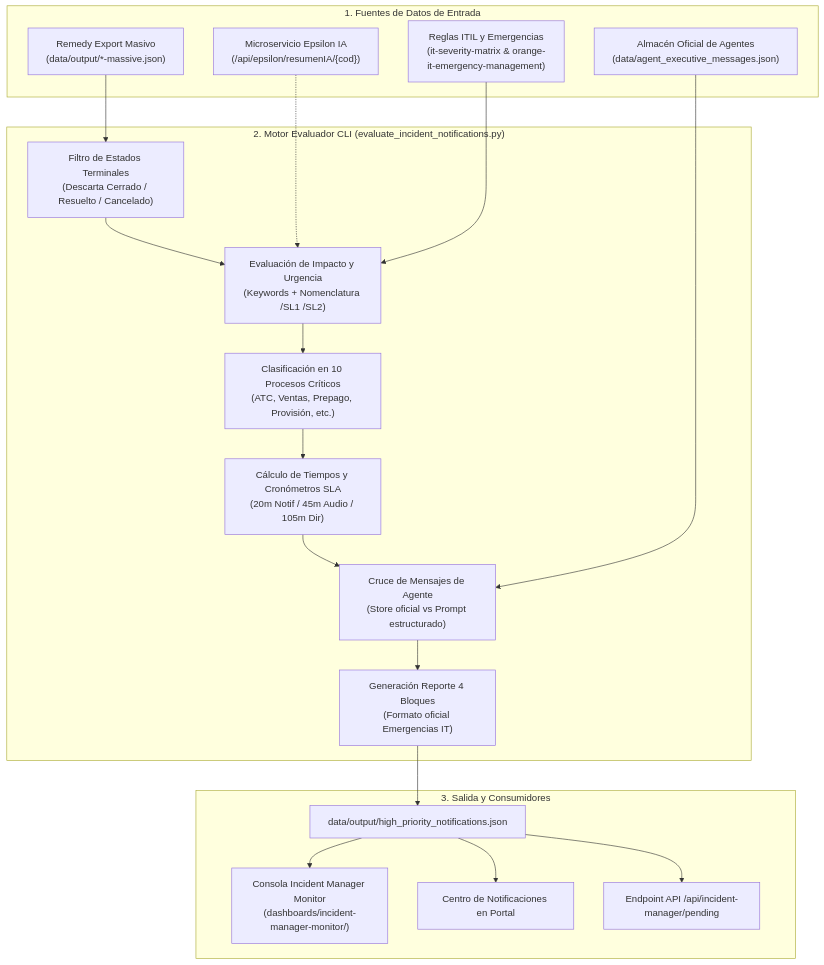
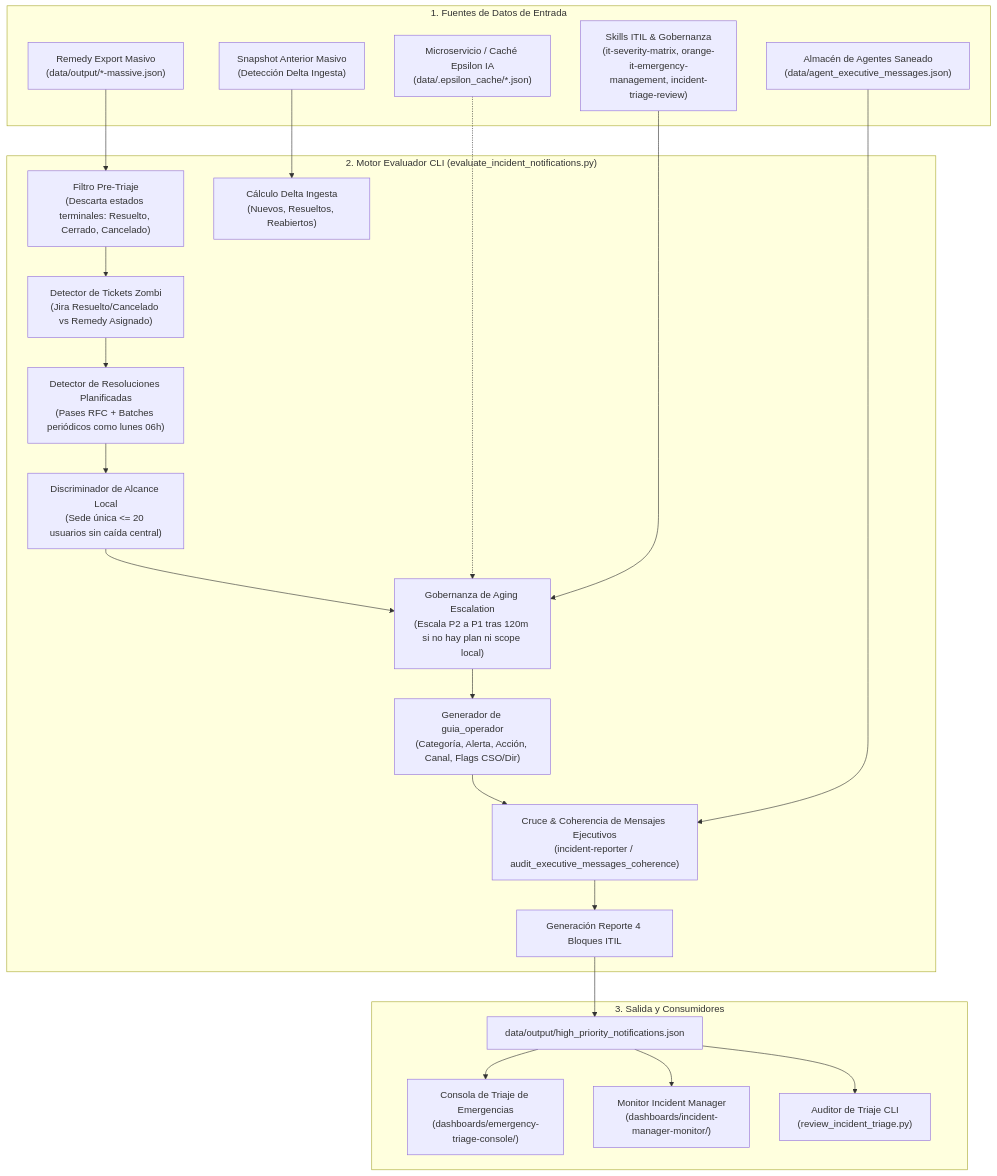
One commit to jfdelafuente/release-dashboard-application changed the diagram in docs/02-gestion-emergencias/catalogo-alta-prioridad.md. Above: the diagram before and after it, drawn with Mermaid. The commit also changed other lines of this file and 30 other files, not shown here.

First line of the commit message:
feat(triage): incorporar protocolo IM-CSO, guias de escenarios post-triaje, soporte en consola y renderizado Mermaid

````diff
--- a/docs/02-gestion-emergencias/catalogo-alta-prioridad.md
+++ b/docs/02-gestion-emergencias/catalogo-alta-prioridad.md
@@ -23,40 +31,47 @@
 ```mermaid
 flowchart TD
     subgraph Inputs["1. Fuentes de Datos de Entrada"]
         RMD["Remedy Export Masivo<br/>(data/output/*-massive.json)"]
-        EPS["Microservicio Epsilon IA<br/>(/api/epsilon/resumenIA/{cod})"]
-        AG_STORE["Almacén Oficial de Agentes<br/>(data/agent_executive_messages.json)"]
-        RULES["Reglas ITIL y Emergencias<br/>(it-severity-matrix & orange-it-emergency-management)"]
+        HIST["Snapshot Anterior Masivo<br/>(Detección Delta Ingesta)"]
+        EPS["Microservicio / Caché Epsilon IA<br/>(data/.epsilon_cache/*.json)"]
+        AG_STORE["Almacén de Agentes Saneado<br/>(data/agent_executive_messages.json)"]
+        RULES["Skills ITIL & Gobernanza<br/>(it-severity-matrix, orange-it-emergency-management, incident-triage-review)"]
     end
 
     subgraph Engine["2. Motor Evaluador CLI (evaluate_incident_notifications.py)"]
-        FILTER["Filtro de Estados Terminales<br/>(Descarta Cerrado / Resuelto / Cancelado)"]
-        EVAL_IMP_URG["Evaluación de Impacto y Urgencia<br/>(Keywords + Nomenclatura /SL1 /SL2)"]
-        PROC_CLASS["Clasificación en 10 Procesos Críticos<br/>(ATC, Ventas, Prepago, Provisión, etc.)"]
-        TIMERS["Cálculo de Tiempos y Cronómetros SLA<br/>(20m Notif / 45m Audio / 105m Dir)"]
-        MSG_MERGE["Cruce de Mensajes de Agente<br/>(Store oficial vs Prompt estructurado)"]
-        REPORT_GEN["Generación Reporte 4 Bloques<br/>(Formato oficial Emergencias IT)"]
+        FILTER["Filtro Pre-Triaje<br/>(Descarta estados terminales: Resuelto, Cerrado, Cancelado)"]
+        DELTA_CALC["Cálculo Delta Ingesta<br/>(Nuevos, Resueltos, Reabiertos)"]
+        ZOMBIE_DET["Detector de Tickets Zombi<br/>(Jira Resuelto/Cancelado vs Remedy Asignado)"]
+        PLAN_DET["Detector de Resoluciones Planificadas<br/>(Pases RFC + Batches periódicos como lunes 06h)"]
+        SCOPE_DET["Discriminador de Alcance Local<br/>(Sede única <= 20 usuarios sin caída central)"]
+        AGING_EVAL["Gobernanza de Aging Escalation<br/>(Escala P2 a P1 tras 120m si no hay plan ni scope local)"]
+        GUIDE_GEN["Generador de guia_operador<br/>(Categoría, Alerta, Acción, Canal, Flags CSO/Dir)"]
+        MSG_ALIGN["Cruce & Coherencia de Mensajes Ejecutivos<br/>(incident-reporter / audit_executive_messages_coherence)"]
+        REPORT_GEN["Generación Reporte 4 Bloques ITIL"]
     end
 
     subgraph Output["3. Salida y Consumidores"]
         CATALOG["data/output/high_priority_notifications.json"]
-        MONITOR["Consola Incident Manager Monitor<br/>(dashboards/incident-manager-monitor/)"]
-        NOTIF_CTR["Centro de Notificaciones en Portal"]
-        API_SVC["Endpoint API /api/incident-manager/pending"]
+        CONSOLE["Consola de Triaje de Emergencias<br/>(dashboards/emergency-triage-console/)"]
+        MONITOR["Monitor Incident Manager<br/>(dashboards/incident-manager-monitor/)"]
+        AUDIT_CLI["Auditor de Triaje CLI<br/>(review_incident_triage.py)"]
     end
 
     RMD --> FILTER
-    FILTER --> EVAL_IMP_URG
-    EPS -.-> EVAL_IMP_URG
-    RULES --> EVAL_IMP_URG
-    EVAL_IMP_URG --> PROC_CLASS
-    PROC_CLASS --> TIMERS
-    TIMERS --> MSG_MERGE
-    AG_STORE --> MSG_MERGE
-    MSG_MERGE --> REPORT_GEN
+    HIST --> DELTA_CALC
+    FILTER --> ZOMBIE_DET
+    ZOMBIE_DET --> PLAN_DET
+    PLAN_DET --> SCOPE_DET
+    SCOPE_DET --> AGING_EVAL
+    EPS -.-> AGING_EVAL
+    RULES --> AGING_EVAL
+    AGING_EVAL --> GUIDE_GEN
+    GUIDE_GEN --> MSG_ALIGN
+    AG_STORE --> MSG_ALIGN
+    MSG_ALIGN --> REPORT_GEN
     REPORT_GEN --> CATALOG
 
+    CATALOG --> CONSOLE
     CATALOG --> MONITOR
-    CATALOG --> NOTIF_CTR
-    CATALOG --> API_SVC
+    CATALOG --> AUDIT_CLI
 ```
````
